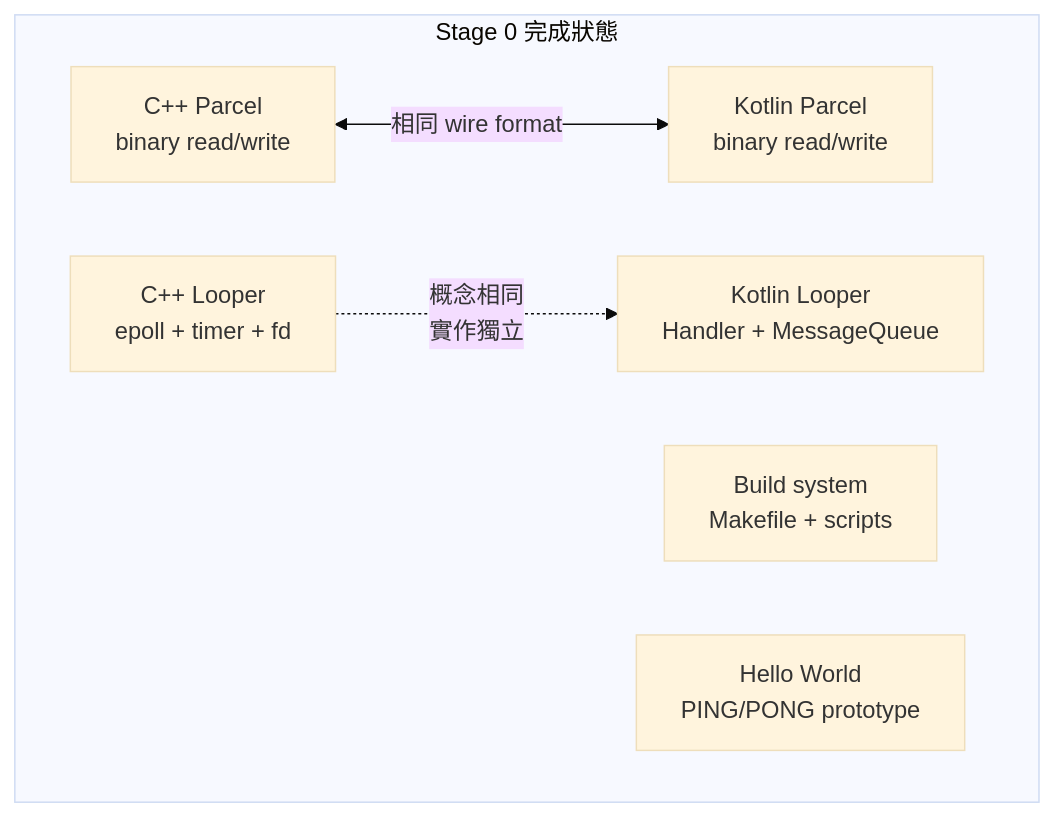
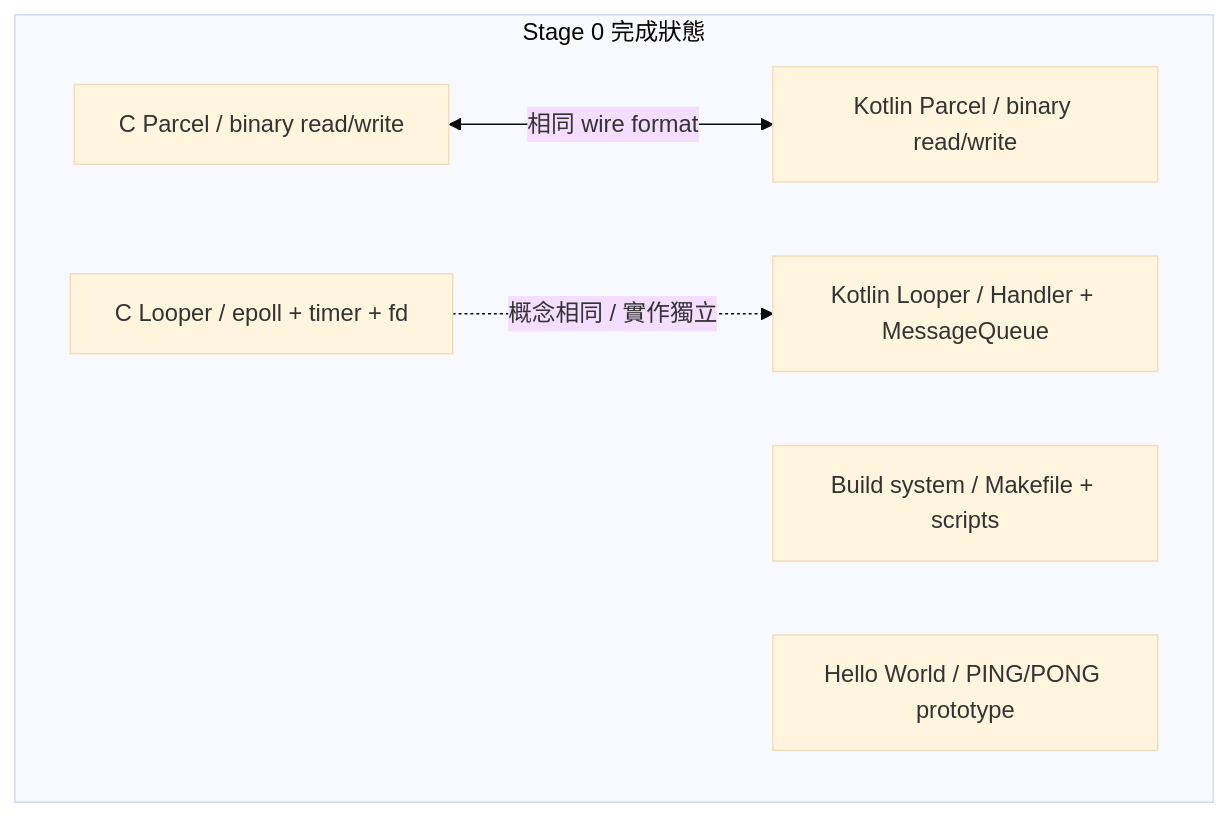
One commit to Owen771/mini-AOSP changed the fourth of 26 diagrams in docs/learning-guide.md. Above: the diagram before and after it, drawn with Mermaid (base theme). The commit also changed other lines of this file and 34 other files, not shown here.

````diff
--- a/docs/learning-guide.md
+++ b/docs/learning-guide.md
@@ -425,14 +446,14 @@
 ```mermaid
 graph TB
-    subgraph "Stage 0 完成狀態"
-        L_CPP["C++ Looper<br/>epoll + timer + fd"]
-        L_KT["Kotlin Looper<br/>Handler + MessageQueue"]
-        P_CPP["C++ Parcel<br/>binary read/write"]
-        P_KT["Kotlin Parcel<br/>binary read/write"]
-        BUILD["Build system<br/>Makefile + scripts"]
-        HELLO["Hello World<br/>PING/PONG prototype"]
-    end
+ subgraph "Stage 0 完成狀態"
+ L_CPP["C Looper / epoll + timer + fd"]
+ L_KT["Kotlin Looper / Handler + MessageQueue"]
+ P_CPP["C Parcel / binary read/write"]
+ P_KT["Kotlin Parcel / binary read/write"]
+ BUILD["Build system / Makefile + scripts"]
+ HELLO["Hello World / PING/PONG prototype"]
+ end
 
-    P_CPP <-->|"相同 wire format"| P_KT
-    L_CPP -.->|"概念相同<br/>實作獨立"| L_KT
+ P_CPP <-->|"相同 wire format"| P_KT
+ L_CPP -.->|"概念相同 / 實作獨立"| L_KT
 ```
````
